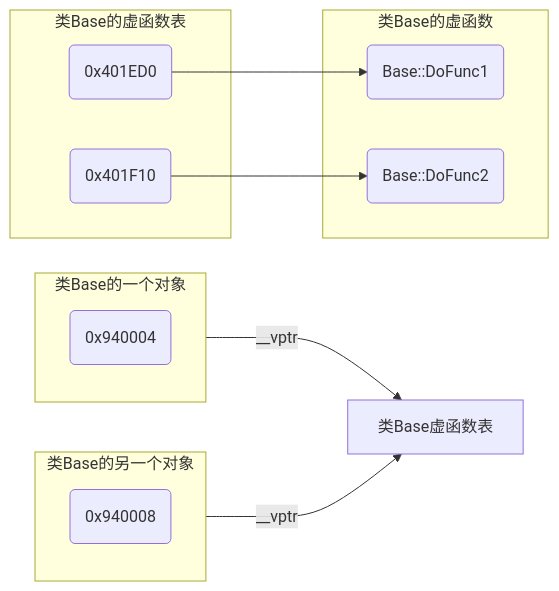
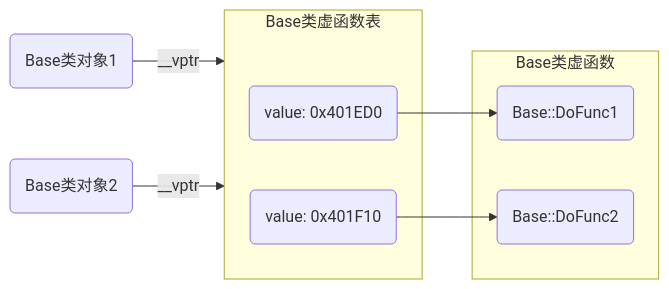
One commit to dmjcb/dmjcb.github.io changed the third of 3 diagrams in _posts/language/c_c++/c++/OOP/2024-11-01-面向对象.md. Above: the diagram before and after it, drawn with Mermaid. The commit also changed other lines of this file and 17 other files, not shown here.

````diff
--- a/_posts/language/c_c++/c++/OOP/2024-11-01-面向对象.md
+++ b/_posts/language/c_c++/c++/OOP/2024-11-01-面向对象.md
@@ -319,26 +485,17 @@
 ```mermaid
 graph LR
-    subgraph 类Base的一个对象
-        E(0x940004)   
-    end
-
-    subgraph 类Base的另一个对象
-        F(0x940008)   
-    end
-
-    subgraph 类Base的虚函数
-        A(Base::DoFunc1) 
+    X(Base类对象1)
+    Y(Base类对象2)
+    subgraph Base类虚函数
+        A(Base::DoFunc1)
         B(Base::DoFunc2)
     end
-
-    subgraph 类Base的虚函数表
-        C(0x401ED0)
-        D(0x401F10)
-
+    subgraph Base类虚函数表
+        C(value: 0x401ED0)
+        D(value: 0x401F10)
         C-->A
         D-->B
     end
-
-    类Base的一个对象--__vptr-->类Base虚函数表
-    类Base的另一个对象--__vptr-->类Base虚函数表
+    X--__vptr-->Base类虚函数表
+    Y--__vptr-->Base类虚函数表
 ```
````
